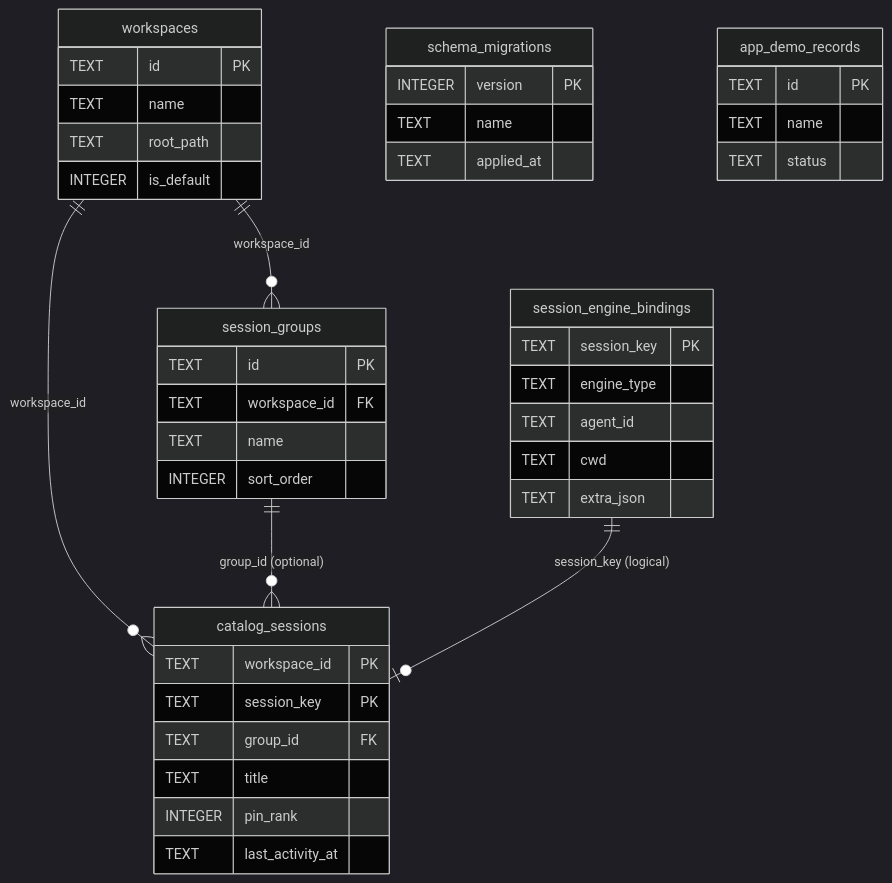
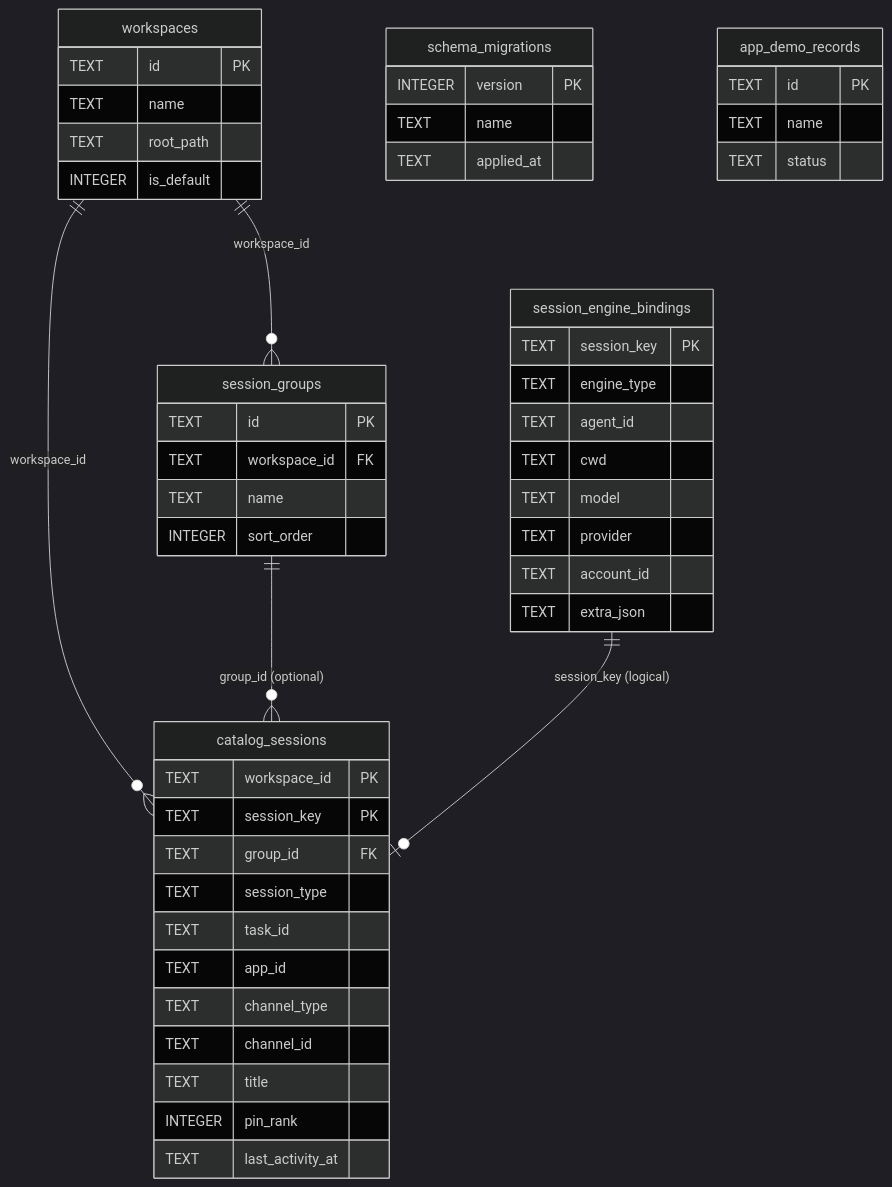
One commit to snecjk/sclaw changed the diagram in docs/sqlite/README.md. Above: the diagram before and after it, drawn with Mermaid (dark theme). The commit also changed other lines of this file and 39 other files, not shown here.

````diff
--- a/docs/sqlite/README.md
+++ b/docs/sqlite/README.md
@@ -36,50 +36,58 @@
 ```mermaid
 erDiagram
   workspaces ||--o{ session_groups : "workspace_id"
   workspaces ||--o{ catalog_sessions : "workspace_id"
   session_groups ||--o{ catalog_sessions : "group_id (optional)"
   session_engine_bindings ||--o| catalog_sessions : "session_key (logical)"
 
   workspaces {
     TEXT id PK
     TEXT name
     TEXT root_path
     INTEGER is_default
   }
 
   session_groups {
     TEXT id PK
     TEXT workspace_id FK
     TEXT name
     INTEGER sort_order
   }
 
   catalog_sessions {
     TEXT workspace_id PK
     TEXT session_key PK
     TEXT group_id FK
+    TEXT session_type
+    TEXT task_id
+    TEXT app_id
+    TEXT channel_type
+    TEXT channel_id
     TEXT title
     INTEGER pin_rank
     TEXT last_activity_at
   }
 
   session_engine_bindings {
     TEXT session_key PK
     TEXT engine_type
     TEXT agent_id
     TEXT cwd
+    TEXT model
+    TEXT provider
+    TEXT account_id
     TEXT extra_json
   }
 
   schema_migrations {
     INTEGER version PK
     TEXT name
     TEXT applied_at
   }
 
   app_demo_records {
     TEXT id PK
     TEXT name
     TEXT status
   }
 ```
````
